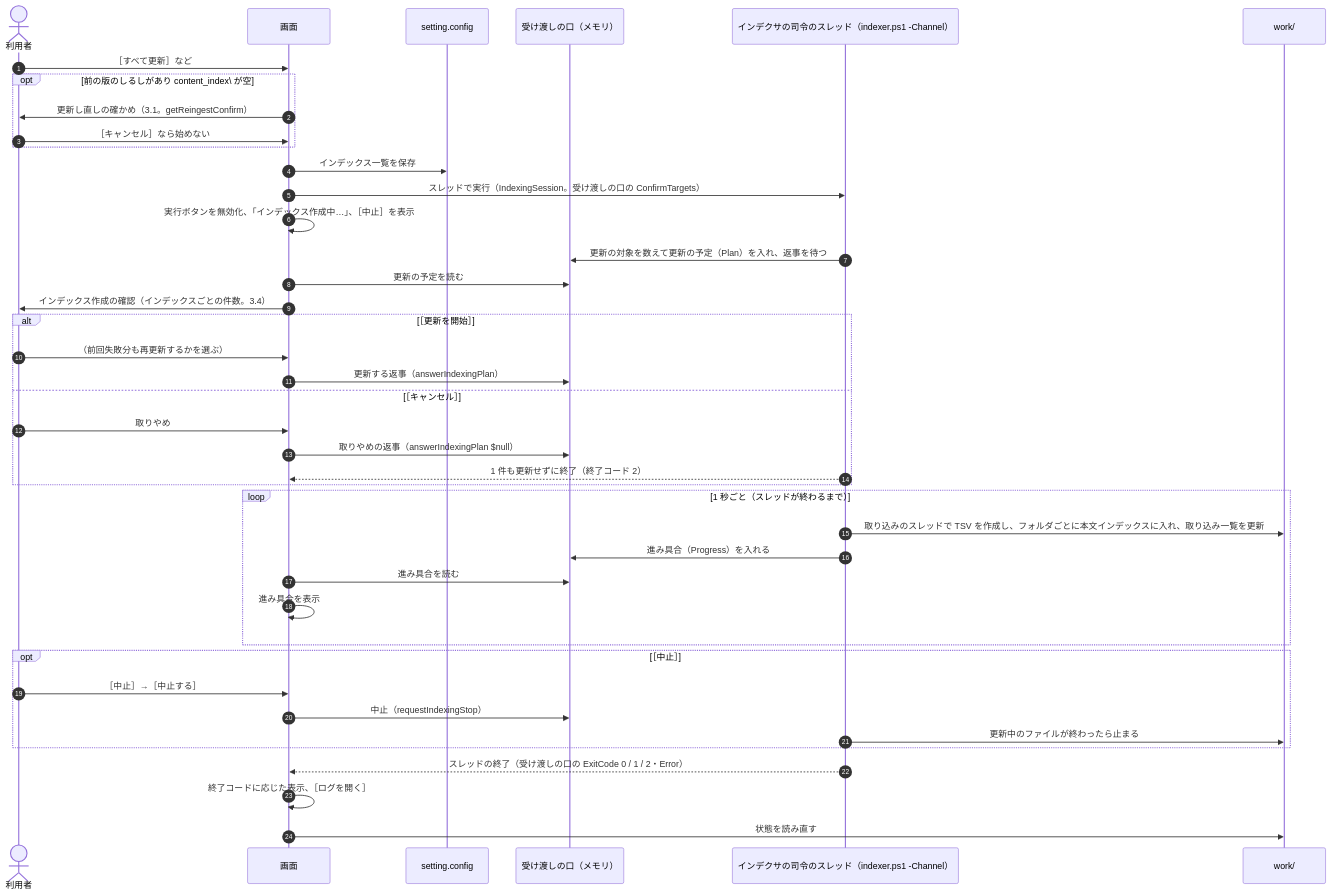
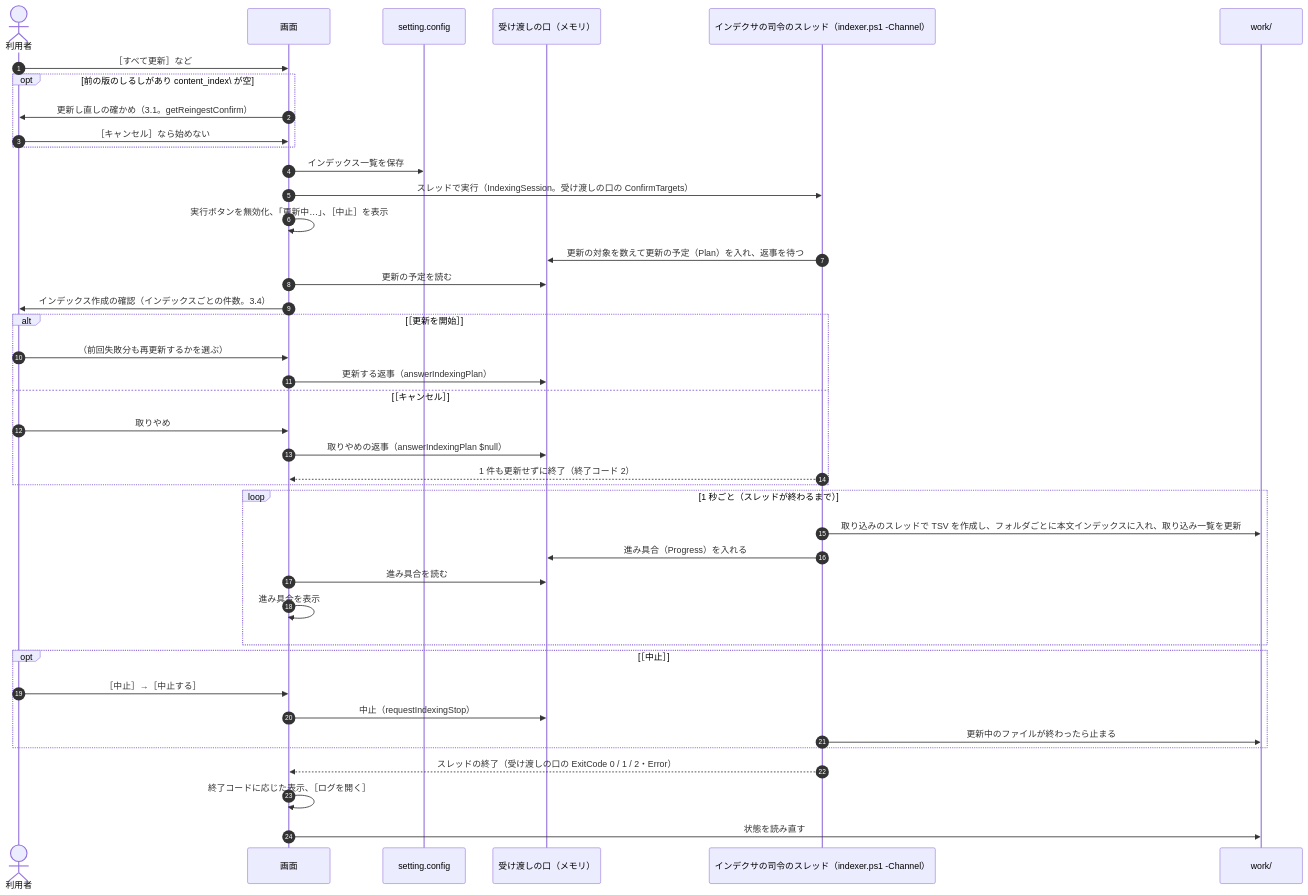
Before and after one commit to hsgwa/tebunko: the third of 5 diagrams in docs/design/gui/state-flow.md, drawn with Mermaid. The commit also changed other lines of this file and 36 other files, not shown here.

````diff
--- a/docs/design/gui/state-flow.md
+++ b/docs/design/gui/state-flow.md
@@ -85,44 +85,44 @@
 ```mermaid
 sequenceDiagram
     autonumber
     actor U as 利用者
     participant G as 画面
     participant C as setting.config
     participant K as 受け渡しの口（メモリ）
     participant P as インデクサの司令のスレッド（indexer.ps1 -Channel）
     participant W as work/
 
     U->>G: ［すべて更新］など
     opt 前の版のしるしがあり content_index\ が空
         G->>U: 更新し直しの確かめ（3.1。getReingestConfirm）
         U->>G: ［キャンセル］なら始めない
     end
     G->>C: インデックス一覧を保存
     G->>P: スレッドで実行（IndexingSession。受け渡しの口の ConfirmTargets）
-    G->>G: 実行ボタンを無効化、「インデックス作成中…」、［中止］を表示
+    G->>G: 実行ボタンを無効化、「更新中…」、［中止］を表示
     P->>K: 更新の対象を数えて更新の予定（Plan）を入れ、返事を待つ
     G->>K: 更新の予定を読む
     G->>U: インデックス作成の確認（インデックスごとの件数。3.4）
     alt ［更新を開始］
         U->>G: （前回失敗分も再更新するかを選ぶ）
         G->>K: 更新する返事（answerIndexingPlan）
     else ［キャンセル］
         U->>G: 取りやめ
         G->>K: 取りやめの返事（answerIndexingPlan $null）
         P-->>G: 1 件も更新せずに終了（終了コード 2）
     end
     loop 1 秒ごと（スレッドが終わるまで）
         P->>W: 取り込みのスレッドで TSV を作成し、フォルダごとに本文インデックスに入れ、取り込み一覧を更新
         P->>K: 進み具合（Progress）を入れる
         G->>K: 進み具合を読む
         G->>G: 進み具合を表示
     end
     opt ［中止］
         U->>G: ［中止］→［中止する］
         G->>K: 中止（requestIndexingStop）
         P->>W: 更新中のファイルが終わったら止まる
     end
     P-->>G: スレッドの終了（受け渡しの口の ExitCode 0 / 1 / 2・Error）
     G->>G: 終了コードに応じた表示、［ログを開く］
     G->>W: 状態を読み直す
 ```
````
